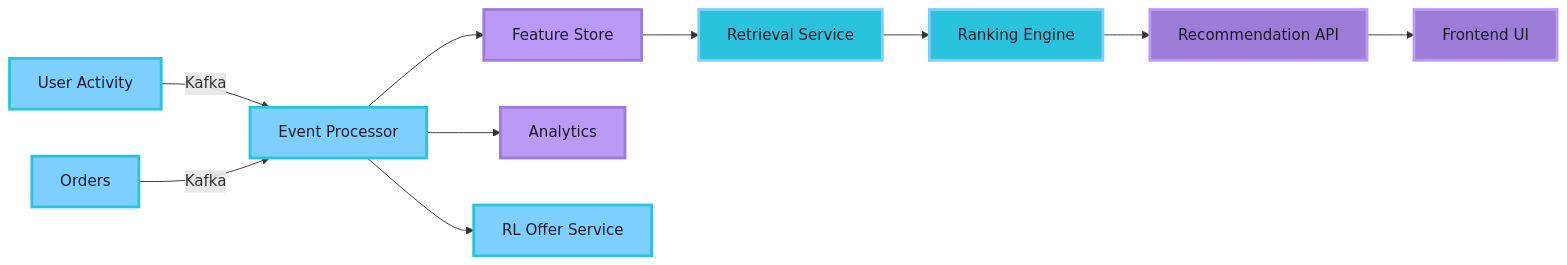
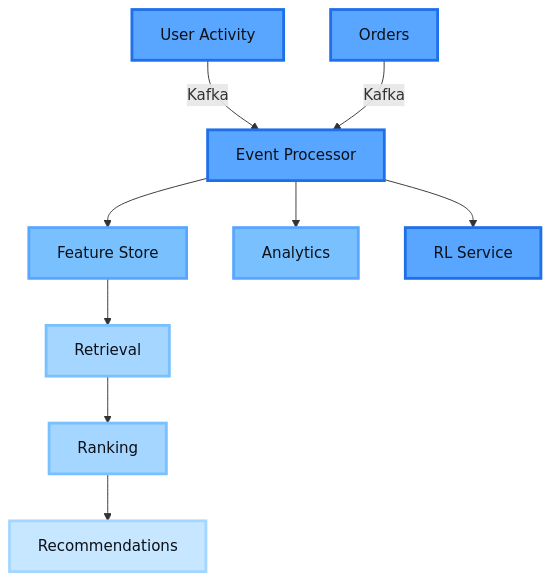
The diagram in README.md (theparidhisharma/theparidhisharma), drawn with Mermaid before and after one commit. The commit also changed other lines of this file, not shown here.

````diff
--- a/README.md
+++ b/README.md
@@ -83,23 +119,21 @@
 ```mermaid
-graph LR
+graph TD
     A[User Activity] -->|Kafka| B[Event Processor]
     C[Orders] -->|Kafka| B
     B --> D[Feature Store]
     B --> E[Analytics]
-    D --> F[Retrieval Service]
-    F --> G[Ranking Engine]
-    G --> H[Recommendation API]
-    H --> I[Frontend UI]
-    B --> J[RL Offer Service]
+    D --> F[Retrieval]
+    F --> G[Ranking]
+    G --> H[Recommendations]
+    B --> I[RL Service]
     
-    style A fill:#7dcfff,stroke:#2ac3de,stroke-width:3px,color:#1a1b26
-    style B fill:#7dcfff,stroke:#2ac3de,stroke-width:3px,color:#1a1b26
-    style C fill:#7dcfff,stroke:#2ac3de,stroke-width:3px,color:#1a1b26
-    style D fill:#bb9af7,stroke:#9d7cd8,stroke-width:3px,color:#1a1b26
-    style E fill:#bb9af7,stroke:#9d7cd8,stroke-width:3px,color:#1a1b26
-    style F fill:#2ac3de,stroke:#7dcfff,stroke-width:3px,color:#1a1b26
-    style G fill:#2ac3de,stroke:#7dcfff,stroke-width:3px,color:#1a1b26
-    style H fill:#9d7cd8,stroke:#bb9af7,stroke-width:3px,color:#1a1b26
-    style I fill:#9d7cd8,stroke:#bb9af7,stroke-width:3px,color:#1a1b26
-    style J fill:#7dcfff,stroke:#2ac3de,stroke-width:3px,color:#1a1b26
+    style A fill:#58a6ff,stroke:#1f6feb,stroke-width:3px,color:#0d1117
+    style B fill:#58a6ff,stroke:#1f6feb,stroke-width:3px,color:#0d1117
+    style C fill:#58a6ff,stroke:#1f6feb,stroke-width:3px,color:#0d1117
+    style D fill:#79c0ff,stroke:#58a6ff,stroke-width:3px,color:#0d1117
+    style E fill:#79c0ff,stroke:#58a6ff,stroke-width:3px,color:#0d1117
+    style F fill:#a5d6ff,stroke:#79c0ff,stroke-width:3px,color:#0d1117
+    style G fill:#a5d6ff,stroke:#79c0ff,stroke-width:3px,color:#0d1117
+    style H fill:#c6e7ff,stroke:#a5d6ff,stroke-width:3px,color:#0d1117
+    style I fill:#58a6ff,stroke:#1f6feb,stroke-width:3px,color:#0d1117
 ```
````
